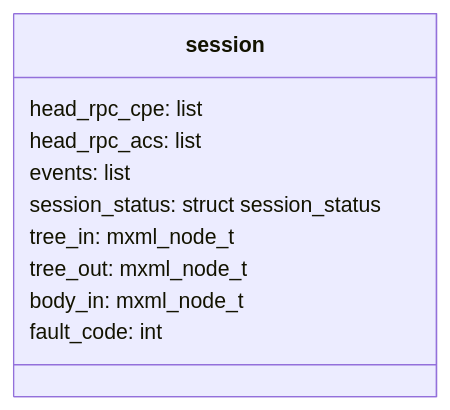
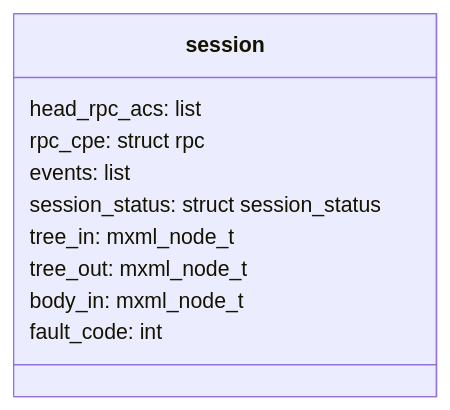
One commit to gebruno/icwmp changed the second of 4 diagrams in docs/design/design.md. Above: the diagram before and after it, drawn with Mermaid. The commit also changed other lines of this file and 4 other files, not shown here.

````diff
--- a/docs/design/design.md
+++ b/docs/design/design.md
@@ -63,13 +63,13 @@
 ```mermaid
 classDiagram
 class session {
-	head_rpc_cpe: list
 	head_rpc_acs: list
+	rpc_cpe: struct rpc
 	events: list
 	session_status: struct session_status
 	tree_in: mxml_node_t
 	tree_out: mxml_node_t
 	body_in: mxml_node_t
 	fault_code: int
 }
 ```
````
